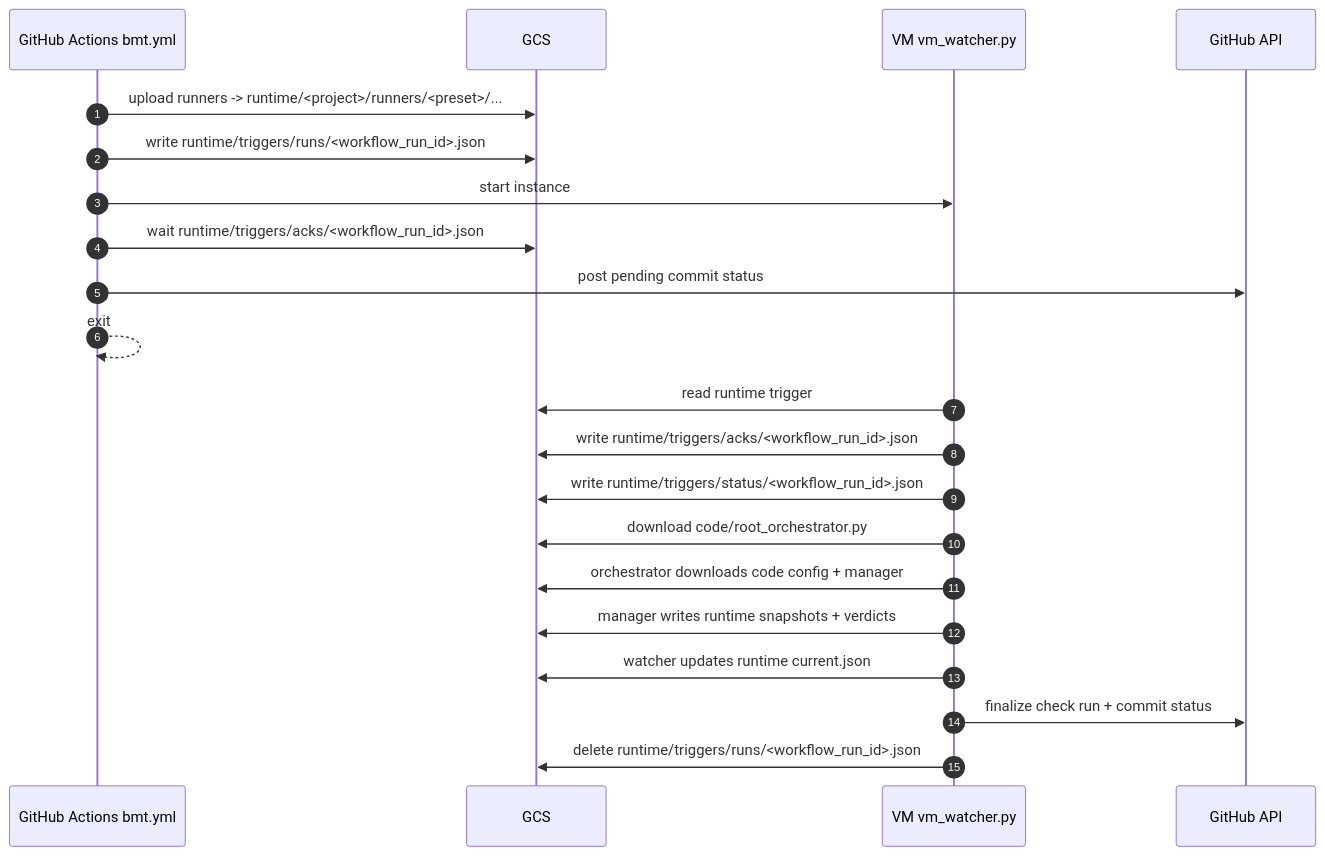
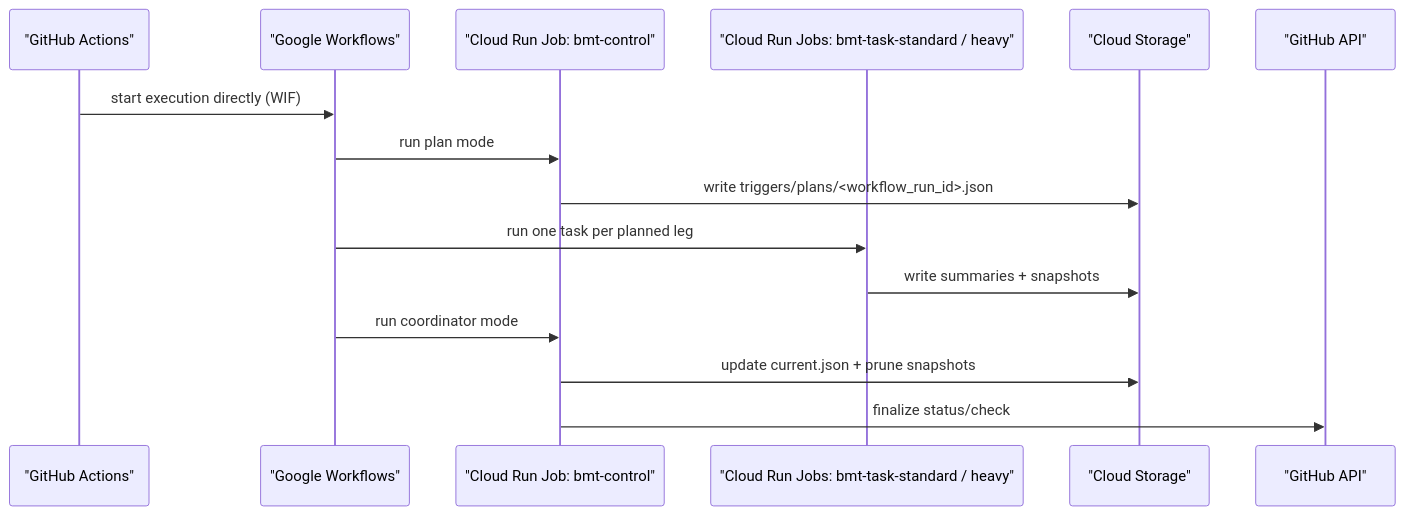
Before and after one commit to klugman-yanai/bmt-gate-sandbox: the diagram in docs/architecture.md, drawn with Mermaid. The commit also changed other lines of this file and 443 other files, not shown here.

````diff
--- a/docs/architecture.md
+++ b/docs/architecture.md
@@ -13,25 +5,18 @@
 ```mermaid
 sequenceDiagram
-    autonumber
-    participant CI as GitHub Actions bmt.yml
-    participant GCS as GCS
-    participant VM as VM vm_watcher.py
-    participant GH as GitHub API
+    participant GH as "GitHub Actions"
+    participant WF as "Google Workflows"
+    participant CTRL as "Cloud Run Job: bmt-control"
+    participant TASKS as "Cloud Run Jobs: bmt-task-standard / heavy"
+    participant GCS as "Cloud Storage"
+    participant API as "GitHub API"
 
-    CI->>GCS: upload runners -> runtime/<project>/runners/<preset>/...
-    CI->>GCS: write runtime/triggers/runs/<workflow_run_id>.json
-    CI->>VM: start instance
-    CI->>GCS: wait runtime/triggers/acks/<workflow_run_id>.json
-    CI->>GH: post pending commit status
-    CI-->>CI: exit
-
-    VM->>GCS: read runtime trigger
-    VM->>GCS: write runtime/triggers/acks/<workflow_run_id>.json
-    VM->>GCS: write runtime/triggers/status/<workflow_run_id>.json
-    VM->>GCS: download code/root_orchestrator.py
-    VM->>GCS: orchestrator downloads code config + manager
-    VM->>GCS: manager writes runtime snapshots + verdicts
-    VM->>GCS: watcher updates runtime current.json
-    VM->>GH: finalize check run + commit status
-    VM->>GCS: delete runtime/triggers/runs/<workflow_run_id>.json
+    GH->>WF: start execution directly (WIF)
+    WF->>CTRL: run plan mode
+    CTRL->>GCS: write triggers/plans/<workflow_run_id>.json
+    WF->>TASKS: run one task per planned leg
+    TASKS->>GCS: write summaries + snapshots
+    WF->>CTRL: run coordinator mode
+    CTRL->>GCS: update current.json + prune snapshots
+    CTRL->>API: finalize status/check
 ```
````
